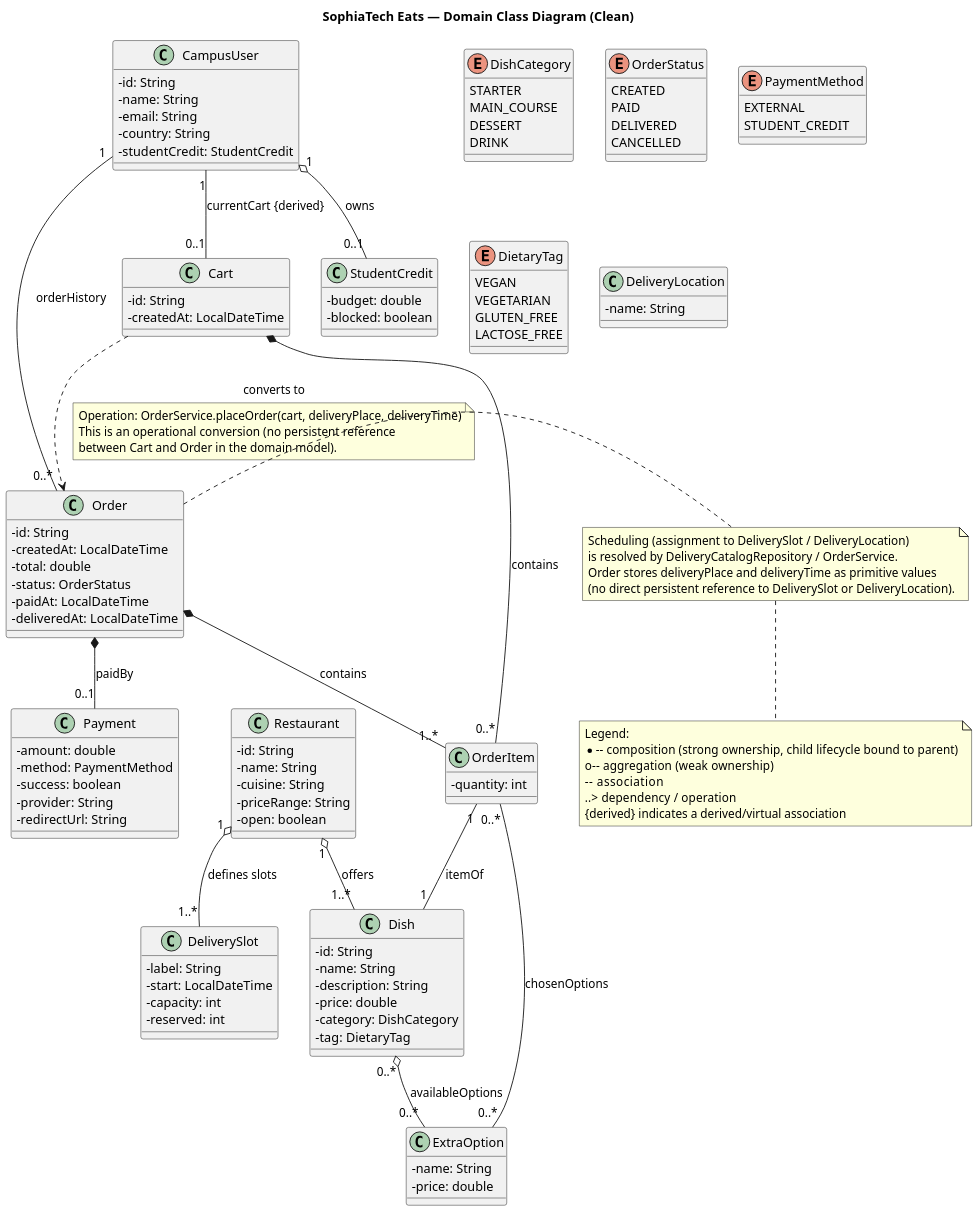
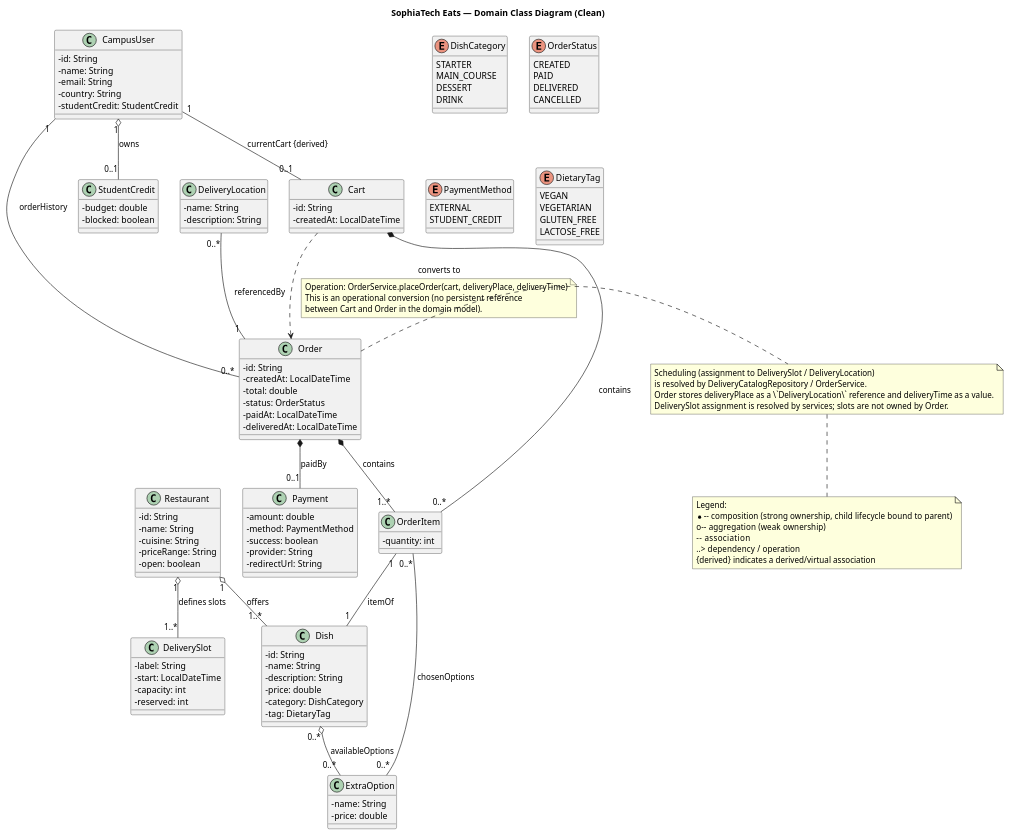
Before and after one commit to StefanB07/SophiaEats: the diagram in diagramsA2/CleanClassDiagram.puml, drawn with PlantUML. The commit also changed 11 other files, not shown here.

Commit message:
Adding DeliveryLocation in OrderClass and CleanClassDiagram DONE

```diff
--- a/diagramsA2/CleanClassDiagram.puml
+++ b/diagramsA2/CleanClassDiagram.puml
@@ -1,147 +1,144 @@
 @startuml
 title SophiaTech Eats — Domain Class Diagram (Clean)
 
 skinparam classAttributeIconSize 0
-skinparam dpi 140
-skinparam shadowing false
 
 ' ==== Enums ====
 enum DishCategory {
 STARTER
 MAIN_COURSE
 DESSERT
 DRINK
 }
 enum OrderStatus {
 CREATED
 PAID
 DELIVERED
 CANCELLED
 }
 enum PaymentMethod {
 EXTERNAL
 STUDENT_CREDIT
 }
 enum DietaryTag {
 VEGAN
 VEGETARIAN
 GLUTEN_FREE
 LACTOSE_FREE
 }
 
 ' ==== Core domain only essential attributes ====
 class CampusUser {
   - id: String
   - name: String
   - email: String
   - country: String
   - studentCredit: StudentCredit
 }
 class StudentCredit {
  - budget: double
  - blocked: boolean
 }
 
 class Cart {
 - id: String
 - createdAt: LocalDateTime
 }
 
 class Order {
   - id: String
   - createdAt: LocalDateTime
   - total: double
   - status: OrderStatus
   - paidAt: LocalDateTime
   - deliveredAt: LocalDateTime
 }
 
 class OrderItem {
 - quantity: int
 }
 
 class Payment {
   - amount: double
   - method: PaymentMethod
   - success: boolean
   - provider: String
   - redirectUrl: String
 }
 
 class Restaurant {
   - id: String
   - name: String
   - cuisine: String
   - priceRange: String
   - open: boolean
 }
 
 class DeliverySlot {
   - label: String
   - start: LocalDateTime
   - capacity: int
   - reserved: int
 }
 
 class DeliveryLocation {
 - name: String
+- description: String
 }
 
 class Dish {
   - id: String
   - name: String
   - description: String
   - price: double
   - category: DishCategory
   - tag: DietaryTag
 }
 class ExtraOption {
 - name: String
 - price: double
 }
 
-' ==== Associations (clean) ====
 CampusUser "1" o-- "0..1" StudentCredit : owns
 CampusUser "1" -- "0..*" Order : orderHistory
 CampusUser "1" -- "0..1" Cart : currentCart {derived}
 
-' Use composition for owned child elements (strong lifecycle relationship)
 Cart *-- "0..*" OrderItem : contains
 Cart ..> Order : converts to
+
 note on link
   Operation: OrderService.placeOrder(cart, deliveryPlace, deliveryTime)
   This is an operational conversion (no persistent reference
   between Cart and Order in the domain model).
 end note
 
 Order *-- "1..*" OrderItem : contains
 Order *-- "0..1" Payment : paidBy
 
-' Scheduling is resolved by services / repository; Order stores deliveryPlace/time as values
-note right of Order
-  Scheduling (assignment to DeliverySlot / DeliveryLocation)
-  is resolved by DeliveryCatalogRepository / OrderService.
-  Order stores deliveryPlace and deliveryTime as primitive values
-  (no direct persistent reference to DeliverySlot or DeliveryLocation).
-end note
-
-' (removed direct associations Order -> DeliverySlot / DeliveryLocation to reflect code)
+DeliveryLocation "0..*" -- "1" Order : referencedBy
 
 OrderItem "1" -- "1" Dish : itemOf
 OrderItem "0..*" -- "0..*" ExtraOption : chosenOptions
 
 Restaurant "1" o-- "1..*" DeliverySlot : defines slots
 Restaurant "1" o-- "1..*" Dish : offers
 
 Dish "0..*" o-- "0..*" ExtraOption : availableOptions
+
+note right of Order
+  Scheduling (assignment to DeliverySlot / DeliveryLocation)
+  is resolved by DeliveryCatalogRepository / OrderService.
+  Order stores deliveryPlace as a \`DeliveryLocation\` reference and deliveryTime as a value.
+  DeliverySlot assignment is resolved by services; slots are not owned by Order.
+end note
 
 note bottom
   Legend:
   *--  composition (strong ownership, child lifecycle bound to parent)
   o--  aggregation (weak ownership)
   --   association
   ..>  dependency / operation
   {derived} indicates a derived/virtual association
 end note
 
 @enduml
```
